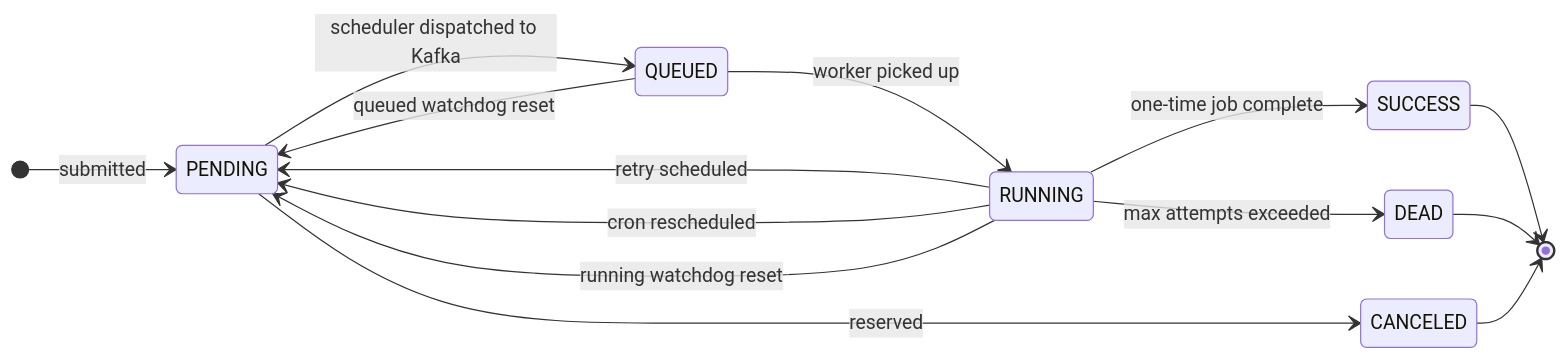
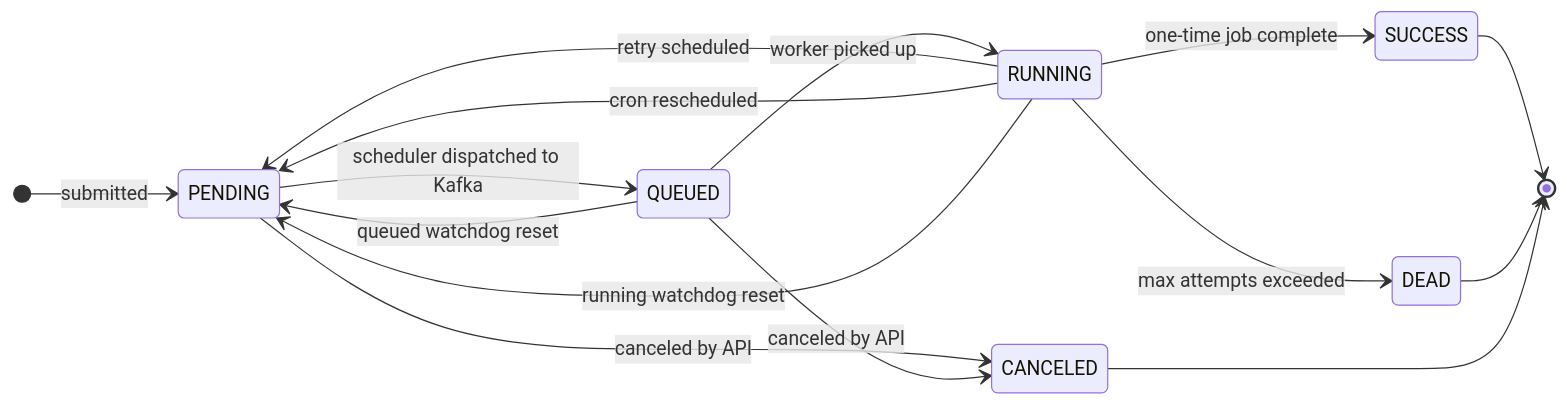
Before and after one commit to harshithrao07/distributed-scheduler: the third of 10 diagrams in Readme.md, drawn with Mermaid. The commit also changed other lines of this file and 8 other files, not shown here.

````diff
--- a/Readme.md
+++ b/Readme.md
@@ -142,22 +143,23 @@
 ```mermaid
 stateDiagram-v2
     direction LR
     [*] --> PENDING : submitted
 
     PENDING --> QUEUED : scheduler dispatched to Kafka
     QUEUED --> RUNNING : worker picked up
 
     RUNNING --> SUCCESS : one-time job complete
     RUNNING --> PENDING : retry scheduled
     RUNNING --> PENDING : cron rescheduled
     RUNNING --> DEAD : max attempts exceeded
 
     QUEUED --> PENDING : queued watchdog reset
     RUNNING --> PENDING : running watchdog reset
 
-    PENDING --> CANCELED : reserved
+    PENDING --> CANCELED : canceled by API
+    QUEUED --> CANCELED : canceled by API
 
     SUCCESS --> [*]
     DEAD --> [*]
     CANCELED --> [*]
 ```
````
